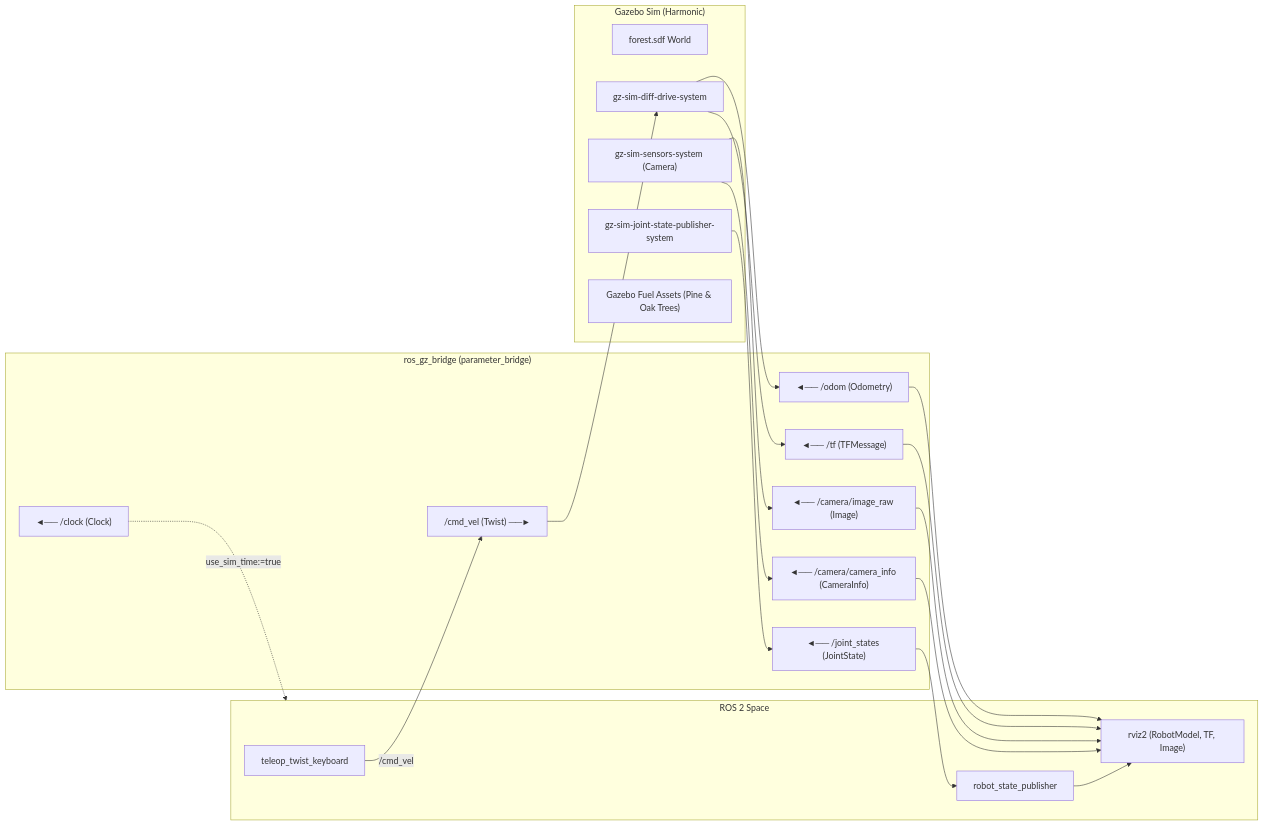
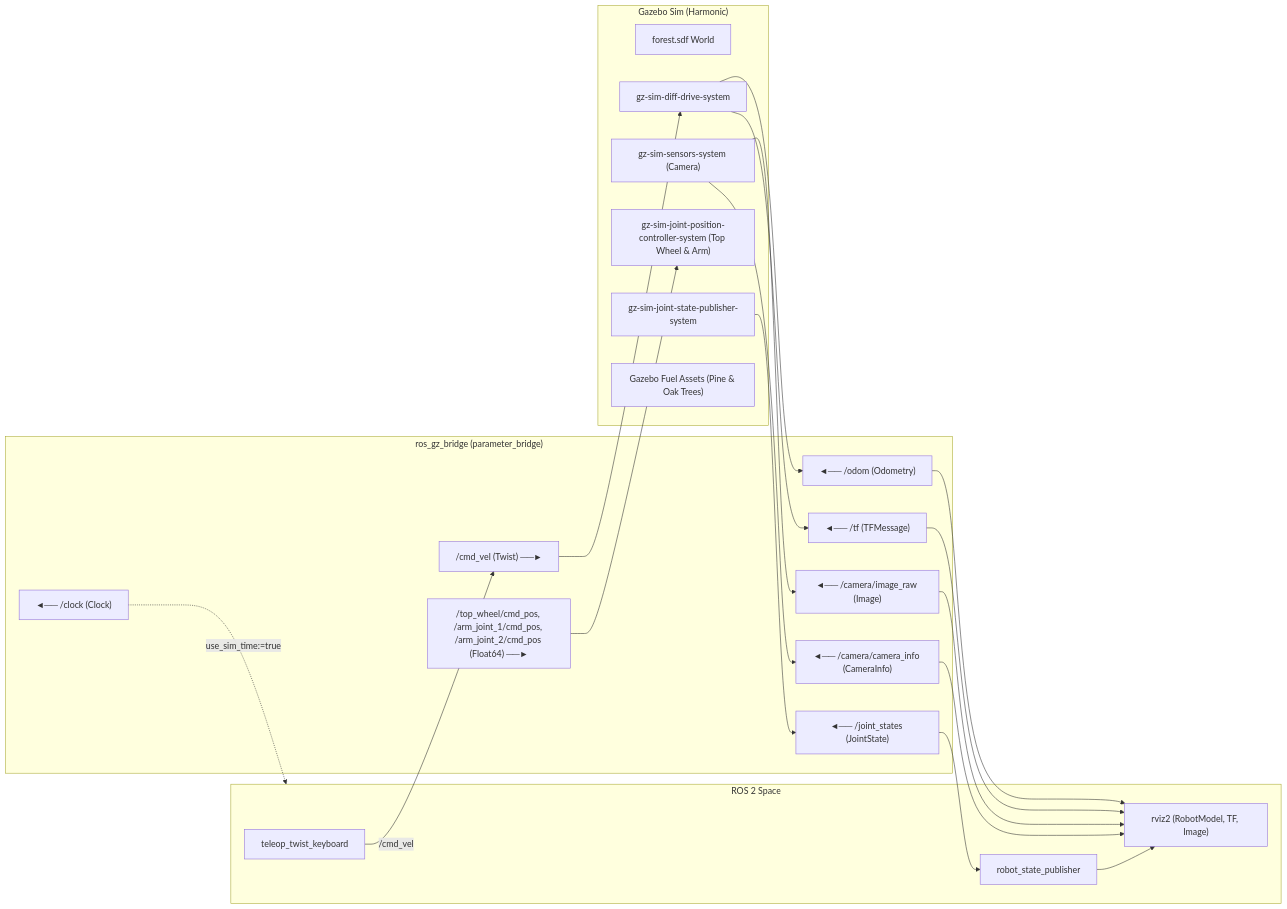
The second of 2 diagrams in 5.urdf/readme.md (jinyongnan810/ros-practice), drawn with Mermaid before and after one commit. The commit also changed other lines of this file and 4 other files, not shown here.

Commit message:
update: add joint-position-controller and add bridge

````diff
--- a/5.urdf/readme.md
+++ b/5.urdf/readme.md
@@ -236,35 +238,38 @@
 ```mermaid
 flowchart LR
     subgraph ROS2["ROS 2 Space"]
         Teleop["teleop_twist_keyboard"]
         RSP["robot_state_publisher"]
         RViz["rviz2 (RobotModel, TF, Image)"]
     end
 
     subgraph Bridge["ros_gz_bridge (parameter_bridge)"]
         direction_cmd["/cmd_vel (Twist) ──►"]
+        direction_pos["/top_wheel/cmd_pos, /arm_joint_1/cmd_pos, /arm_joint_2/cmd_pos (Float64) ──►"]
         direction_js["◄── /joint_states (JointState)"]
         direction_odom["◄── /odom (Odometry)"]
         direction_tf["◄── /tf (TFMessage)"]
         direction_clock["◄── /clock (Clock)"]
         direction_img["◄── /camera/image_raw (Image)"]
         direction_info["◄── /camera/camera_info (CameraInfo)"]
     end
 
     subgraph Gazebo["Gazebo Sim (Harmonic)"]
         GZ_World["forest.sdf World"]
         GZ_Sensors["gz-sim-sensors-system (Camera)"]
         GZ_Diff["gz-sim-diff-drive-system"]
+        GZ_PosCtrl["gz-sim-joint-position-controller-system (Top Wheel & Arm)"]
         GZ_JS["gz-sim-joint-state-publisher-system"]
         GZ_Fuel["Gazebo Fuel Assets (Pine & Oak Trees)"]
     end
 
     Teleop -->|/cmd_vel| direction_cmd --> GZ_Diff
+    direction_pos --> GZ_PosCtrl
     GZ_JS --> direction_js --> RSP
     GZ_Diff --> direction_odom --> RViz
     GZ_Diff --> direction_tf --> RViz
     GZ_Sensors --> direction_img --> RViz
     GZ_Sensors --> direction_info --> RViz
     direction_clock -.->|use_sim_time:=true| ROS2
     RSP --> RViz
 ```
````
